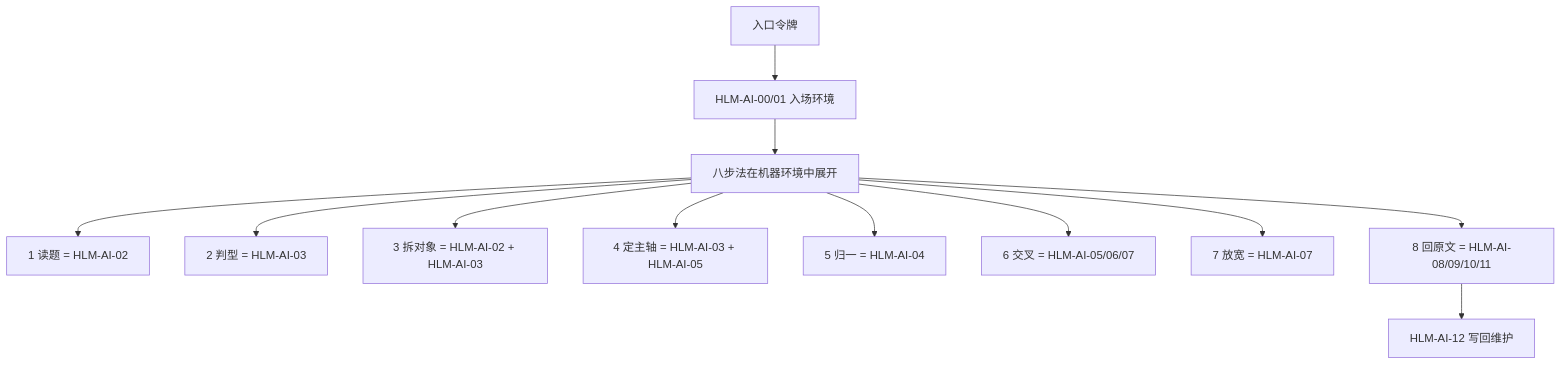
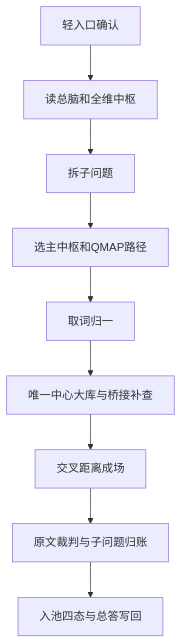
One commit to huangyu4026-create/four-projects-vault changed the diagram in 红楼梦人工智能咨询工程/00_fixed_point/138_红楼梦人工智能咨询工程_八步法与13步机器环境合一说明_20260624.md. Above: the diagram before and after it, drawn with Mermaid. The commit also changed other lines of this file and 7 other files, not shown here.

Commit message:
Finalize coordinate query flow compression

````diff
--- a/红楼梦人工智能咨询工程/00_fixed_point/138_红楼梦人工智能咨询工程_八步法与13步机器环境合一说明_20260624.md
+++ b/红楼梦人工智能咨询工程/00_fixed_point/138_红楼梦人工智能咨询工程_八步法与13步机器环境合一说明_20260624.md
@@ -51,14 +80,11 @@
 ```mermaid
 flowchart TD
-  A["入口令牌"] --> B["HLM-AI-00/01 入场环境"]
-  B --> C["八步法在机器环境中展开"]
-  C --> C1["1 读题 = HLM-AI-02"]
-  C --> C2["2 判型 = HLM-AI-03"]
-  C --> C3["3 拆对象 = HLM-AI-02 + HLM-AI-03"]
-  C --> C4["4 定主轴 = HLM-AI-03 + HLM-AI-05"]
-  C --> C5["5 归一 = HLM-AI-04"]
-  C --> C6["6 交叉 = HLM-AI-05/06/07"]
-  C --> C7["7 放宽 = HLM-AI-07"]
-  C --> C8["8 回原文 = HLM-AI-08/09/10/11"]
-  C8 --> D["HLM-AI-12 写回维护"]
+  A["轻入口确认"] --> B["读总脑和全维中枢"]
+  B --> C["拆子问题"]
+  C --> D["选主中枢和QMAP路径"]
+  D --> E["取词归一"]
+  E --> F["唯一中心大库与桥接补查"]
+  F --> G["交叉距离成场"]
+  G --> H["原文裁判与子问题归账"]
+  H --> I["入池四态与总答写回"]
 ```
````
